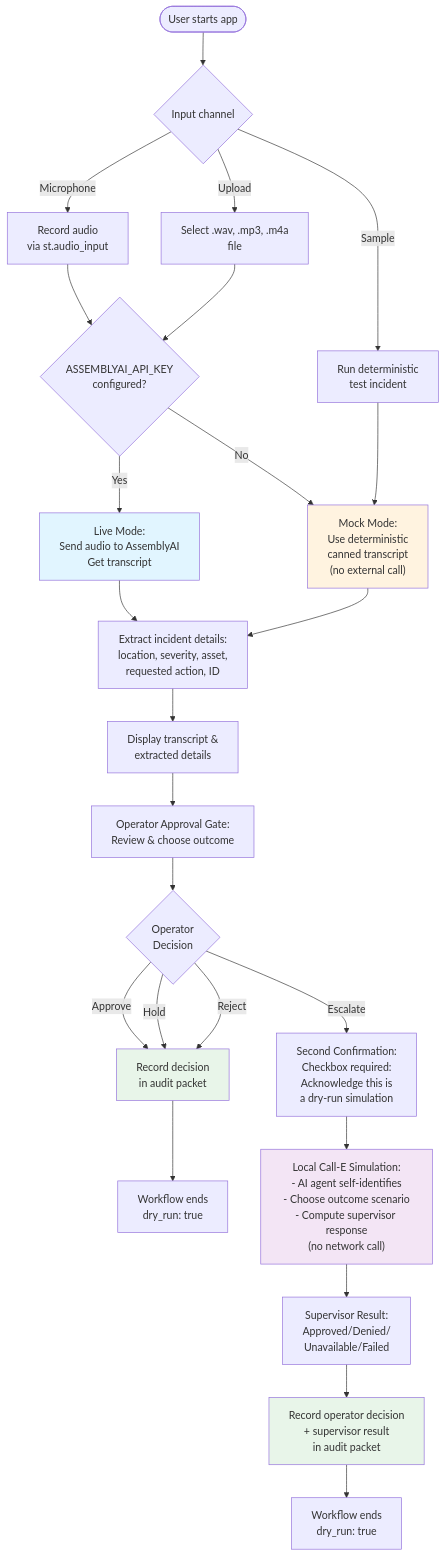
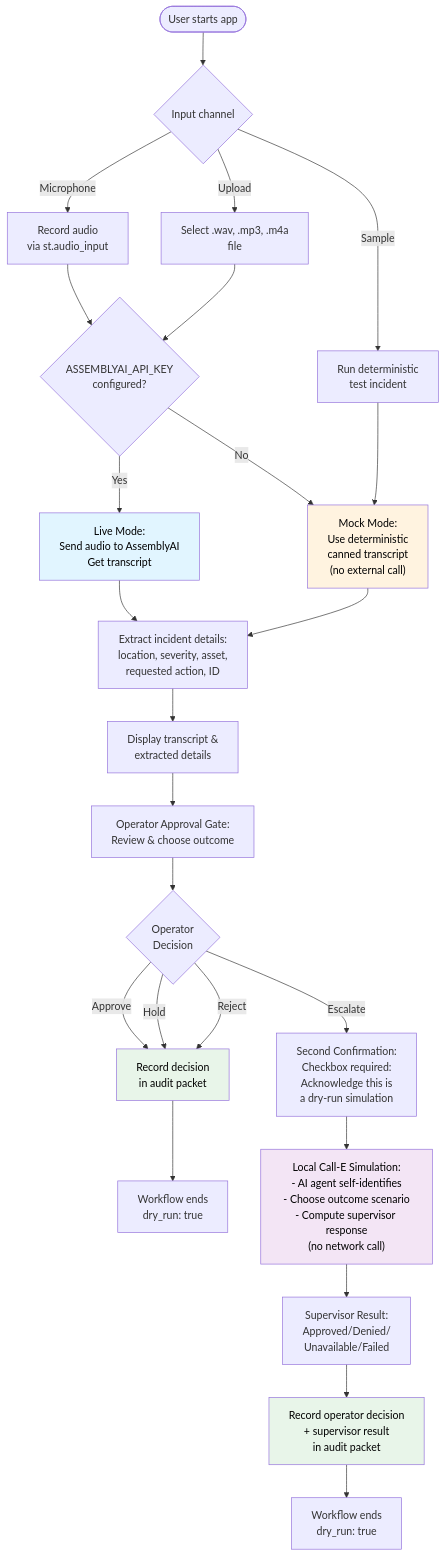
The diagram in README.md (draculess99/GridGuard-AssemblyAI-Voice-Agent), drawn with Mermaid before and after one commit.

Commit message:
docs: improve mermaid diagram text contrast with black text on colored nodes

````diff
--- a/README.md
+++ b/README.md
@@ -189,40 +189,40 @@
 ```mermaid
 flowchart TD
     Start([User starts app]) --> Input{Input channel}
     Input -->|Microphone| Mic["Record audio<br/>via st.audio_input"]
     Input -->|Upload| Upload["Select .wav, .mp3, .m4a<br/>file"]
     Input -->|Sample| Sample["Run deterministic<br/>test incident"]
 
     Mic --> CheckKey{ASSEMBLYAI_API_KEY<br/>configured?}
     Upload --> CheckKey
     Sample --> Mock
 
     CheckKey -->|Yes| Live["Live Mode:<br/>Send audio to AssemblyAI<br/>Get transcript"]
     CheckKey -->|No| Mock["Mock Mode:<br/>Use deterministic<br/>canned transcript<br/>(no external call)"]
 
     Live --> Extract["Extract incident details:<br/>location, severity, asset,<br/>requested action, ID"]
     Mock --> Extract
 
     Extract --> Display["Display transcript &<br/>extracted details"]
     Display --> Gate["Operator Approval Gate:<br/>Review & choose outcome"]
 
     Gate --> Decision{Operator<br/>Decision}
     Decision -->|Approve| Audit1["Record decision<br/>in audit packet"]
     Decision -->|Hold| Audit1
     Decision -->|Reject| Audit1
     Decision -->|Escalate| Confirm["Second Confirmation:<br/>Checkbox required:<br/>Acknowledge this is<br/>a dry-run simulation"]
 
     Confirm --> SimCall["Local Call-E Simulation:<br/>- AI agent self-identifies<br/>- Choose outcome scenario<br/>- Compute supervisor response<br/>(no network call)"]
 
     SimCall --> Result["Supervisor Result:<br/>Approved/Denied/<br/>Unavailable/Failed"]
     Result --> Audit2["Record operator decision<br/>+ supervisor result<br/>in audit packet"]
 
     Audit1 --> End1["Workflow ends<br/>dry_run: true"]
     Audit2 --> End2["Workflow ends<br/>dry_run: true"]
 
-    style Live fill:#e1f5ff
-    style Mock fill:#fff3e0
-    style Audit1 fill:#e8f5e9
-    style Audit2 fill:#e8f5e9
-    style SimCall fill:#f3e5f5
+    style Live fill:#e1f5ff,color:#000000
+    style Mock fill:#fff3e0,color:#000000
+    style Audit1 fill:#e8f5e9,color:#000000
+    style Audit2 fill:#e8f5e9,color:#000000
+    style SimCall fill:#f3e5f5,color:#000000
 ```
````
